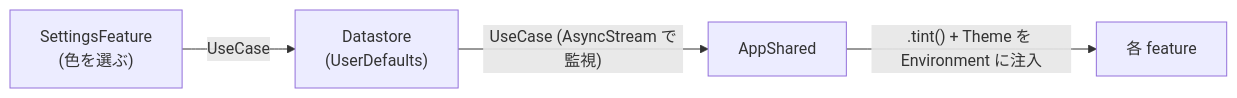
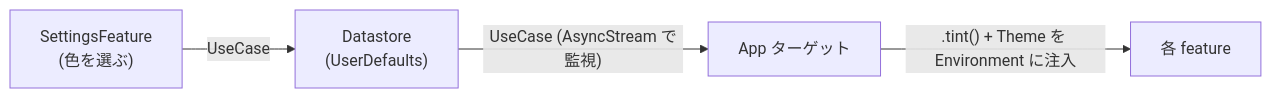
The fourth of 4 diagrams in docs/architecture.md (chippy-ao/swift-pokedex), drawn with Mermaid before and after one commit. The commit also changed other lines of this file and 5 other files, not shown here.

Commit message:
docs: AppShared をやめて骨組みで決めたことを反映

````diff
--- a/docs/architecture.md
+++ b/docs/architecture.md
@@ -427,6 +424,6 @@
 ```mermaid
 flowchart LR
     SF["SettingsFeature<br/>(色を選ぶ)"] -->|UseCase| DS["Datastore<br/>(UserDefaults)"]
-    DS -->|"UseCase (AsyncStream で監視)"| AS["AppShared"]
+    DS -->|"UseCase (AsyncStream で監視)"| AS["App ターゲット"]
     AS -->|".tint() + Theme を Environment に注入"| PF["各 feature"]
 ```
````
